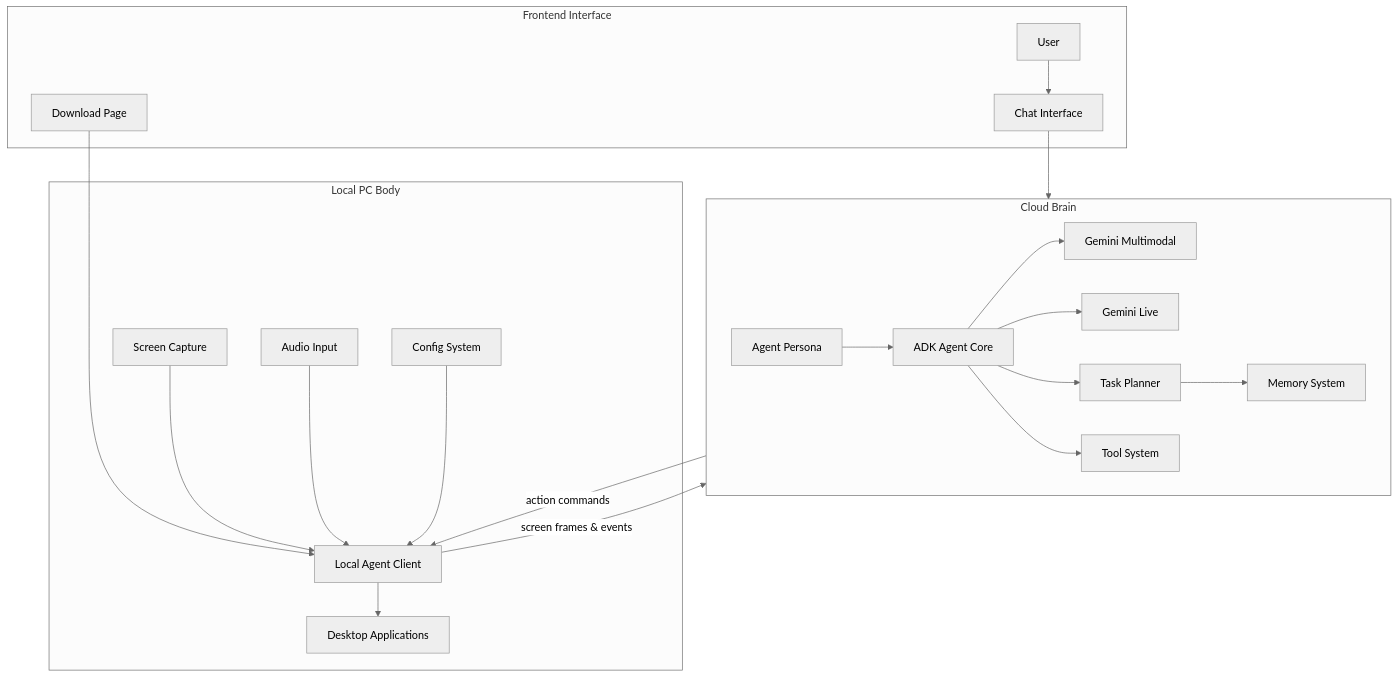
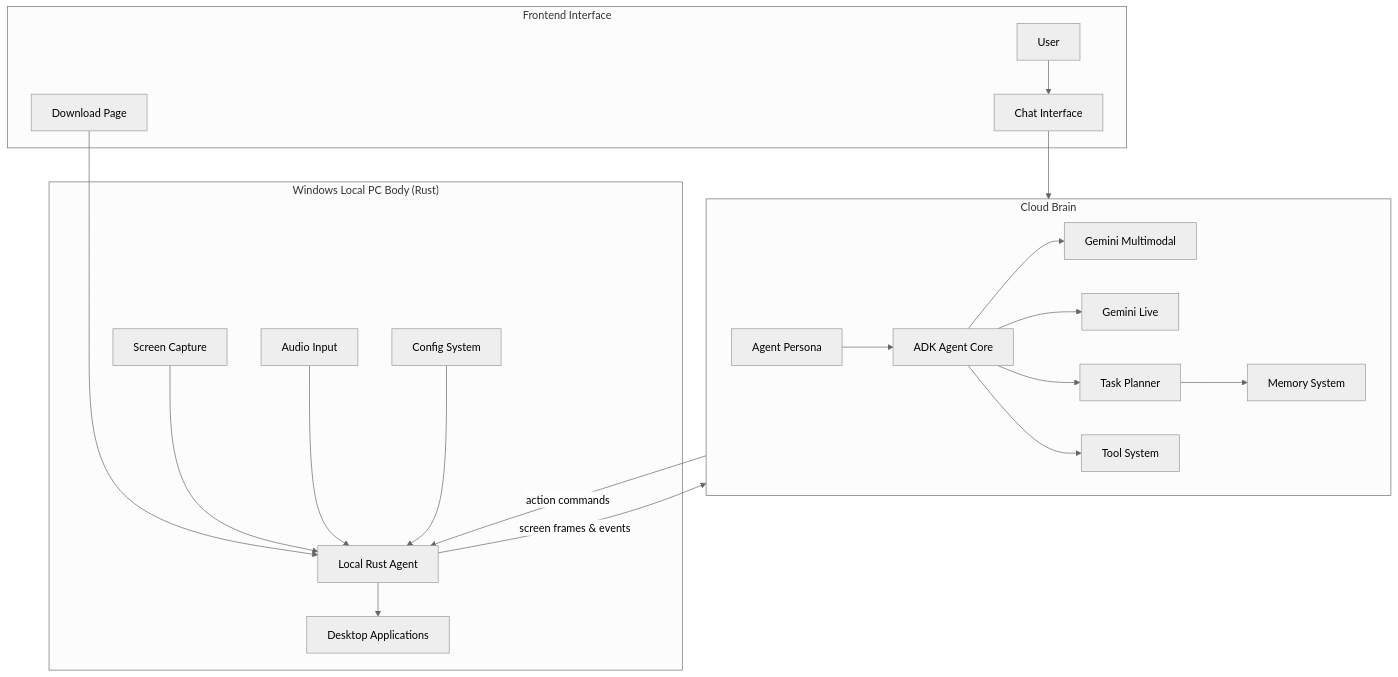
One commit to tobiawolaju/The-Intern changed the first of 2 diagrams in README.md. Above: the diagram before and after it, drawn with Mermaid (neutral theme). The commit also changed other lines of this file, not shown here.

````diff
--- a/README.md
+++ b/README.md
@@ -142,48 +162,46 @@
 ```mermaid
 flowchart TB
 
 subgraph FRONTEND["Frontend Interface"]
 U[User]
 CHAT[Chat Interface]
 DL[Download Page]
 end
 
-subgraph PC["Local PC Body"]
+subgraph PC["Windows Local PC Body (Rust)"]
 A[Screen Capture]
 B[Audio Input]
-C[Local Agent Client]
+C[Local Rust Agent]
 D[Desktop Applications]
 F[Config System]
 end
 
 subgraph CLOUD["Cloud Brain"]
 G[ADK Agent Core]
 H[Agent Persona]
 I[Gemini Multimodal]
 J[Gemini Live]
 K[Task Planner]
 L[Tool System]
 M[Memory System]
 end
 
 U --> CHAT
 CHAT --> CLOUD
 DL --> C
 
 A --> C
 B --> C
 C --> D
 F --> C
 
 C -->|screen frames & events| CLOUD
 CLOUD -->|action commands| C
 
 H --> G
 G --> I
 G --> J
 G --> K
 G --> L
 K --> M
-
-
 ```
````
